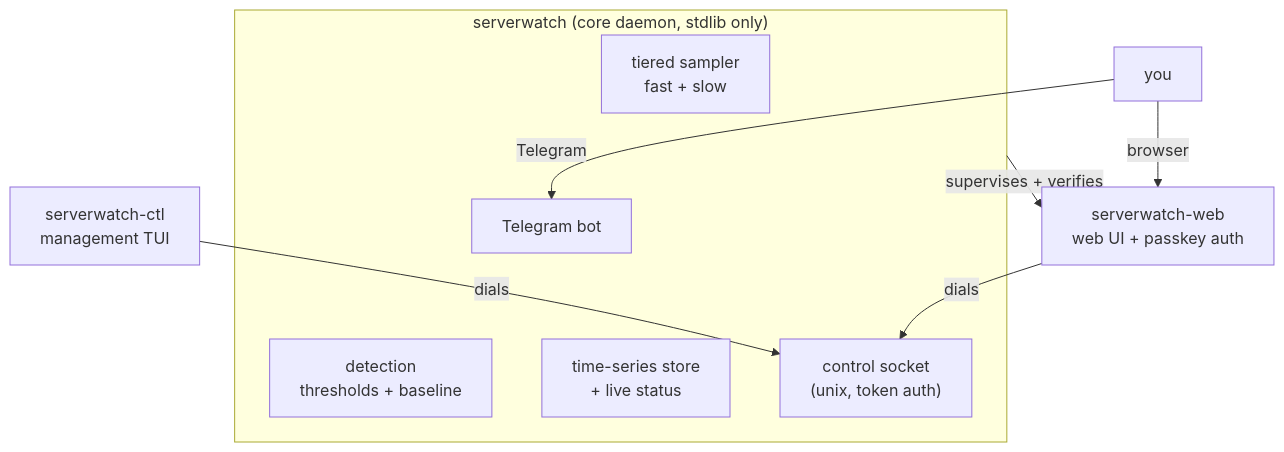
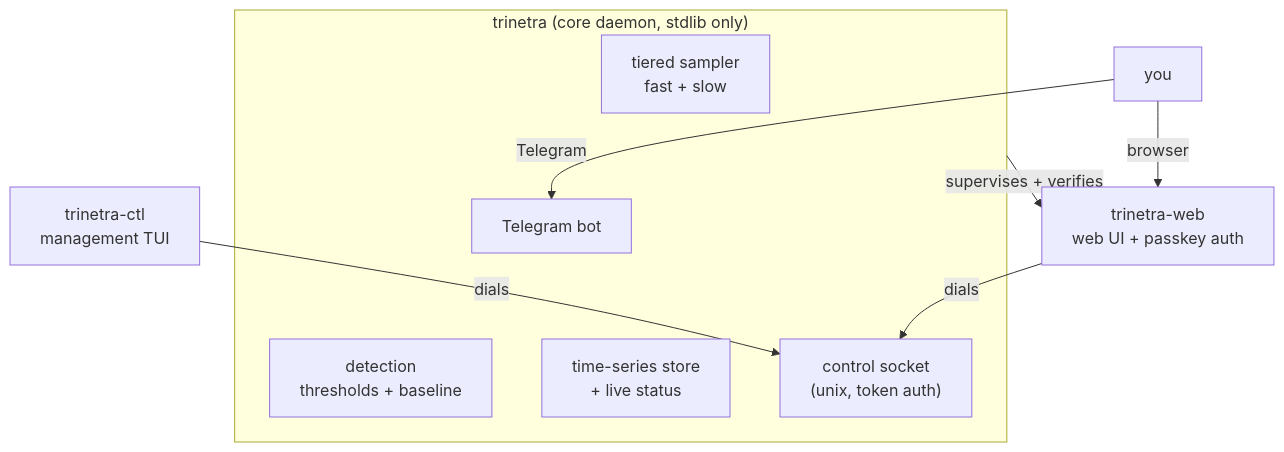
The diagram in README.md (InfoDiveLabs/trinetra), drawn with Mermaid before and after one commit. The commit also changed other lines of this file and 20 other files, not shown here.

````diff
--- a/README.md
+++ b/README.md
@@ -72,15 +84,15 @@
 ```mermaid
 flowchart TD
-    subgraph core["serverwatch (core daemon, stdlib only)"]
+    subgraph core["trinetra (core daemon, stdlib only)"]
         sampler["tiered sampler<br/>fast + slow"]
         detect["detection<br/>thresholds + baseline"]
         store["time-series store<br/>+ live status"]
         tg["Telegram bot"]
         sock["control socket<br/>(unix, token auth)"]
     end
-    ctl["serverwatch-ctl<br/>management TUI"] -->|dials| sock
-    web["serverwatch-web<br/>web UI + passkey auth"] -->|dials| sock
+    ctl["trinetra-ctl<br/>management TUI"] -->|dials| sock
+    web["trinetra-web<br/>web UI + passkey auth"] -->|dials| sock
     core -->|supervises + verifies| web
     user["you"] -->|Telegram| tg
     user -->|browser| web
 ```
````
